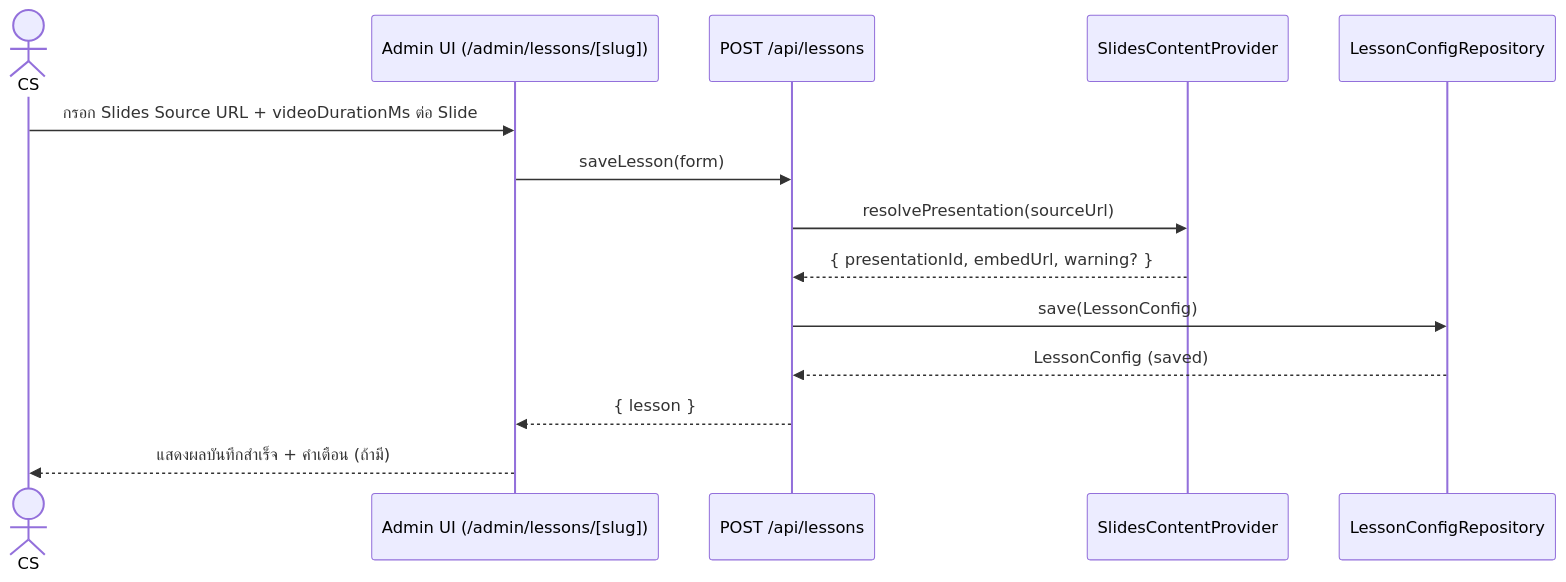
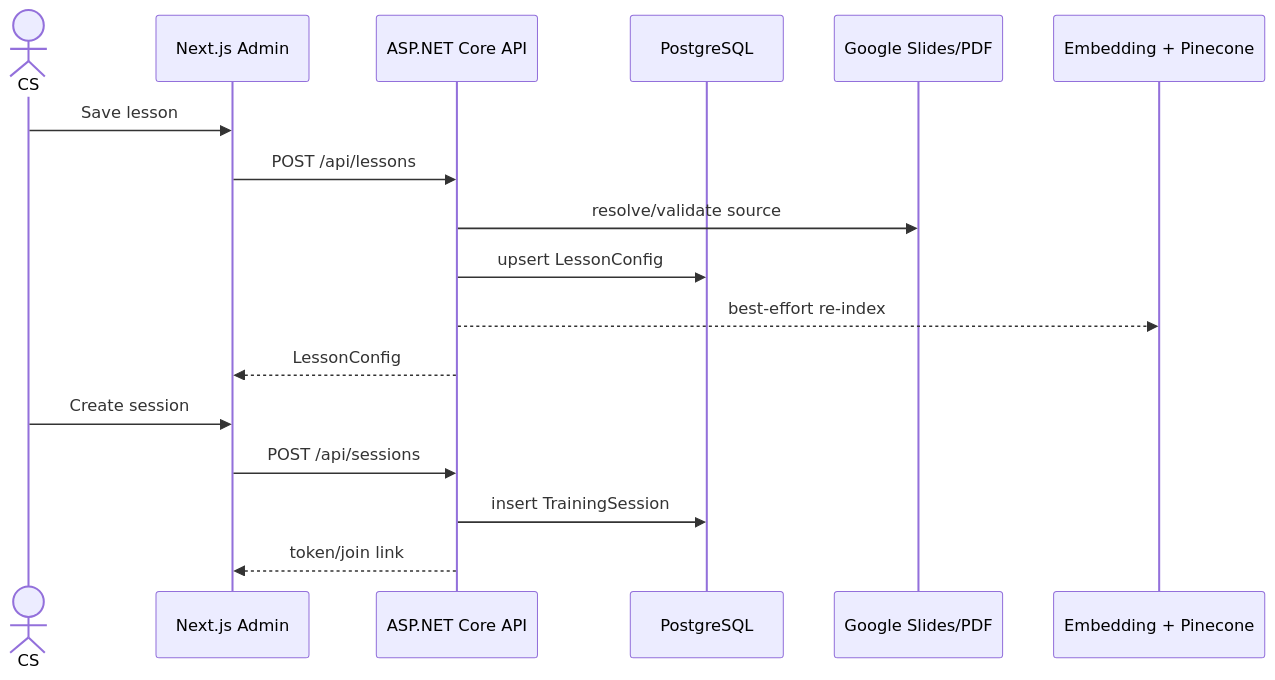
The first of 5 diagrams in frontend/docs/SEQUENCE_DIAGRAMS.md (Sathaporn24/sb_supportroom), drawn with Mermaid before and after one commit. The commit also changed other lines of this file and 27 other files, not shown here.

````diff
--- a/frontend/docs/SEQUENCE_DIAGRAMS.md
+++ b/frontend/docs/SEQUENCE_DIAGRAMS.md
@@ -7,17 +5,20 @@
 ```mermaid
 sequenceDiagram
     actor CS
-    participant UI as Admin UI (/admin/lessons/[slug])
-    participant API as POST /api/lessons
-    participant SlidesP as SlidesContentProvider
-    participant Repo as LessonConfigRepository
+    participant FE as Next.js Admin
+    participant API as ASP.NET Core API
+    participant DB as PostgreSQL
+    participant Content as Google Slides/PDF
+    participant Index as Embedding + Pinecone
 
-    CS->>UI: กรอก Slides Source URL + videoDurationMs ต่อ Slide
-    UI->>API: saveLesson(form)
-    API->>SlidesP: resolvePresentation(sourceUrl)
-    SlidesP-->>API: { presentationId, embedUrl, warning? }
-    API->>Repo: save(LessonConfig)
-    Repo-->>API: LessonConfig (saved)
-    API-->>UI: { lesson }
-    UI-->>CS: แสดงผลบันทึกสำเร็จ + คำเตือน (ถ้ามี)
+    CS->>FE: Save lesson
+    FE->>API: POST /api/lessons
+    API->>Content: resolve/validate source
+    API->>DB: upsert LessonConfig
+    API-->>Index: best-effort re-index
+    API-->>FE: LessonConfig
+    CS->>FE: Create session
+    FE->>API: POST /api/sessions
+    API->>DB: insert TrainingSession
+    API-->>FE: token/join link
 ```
````
